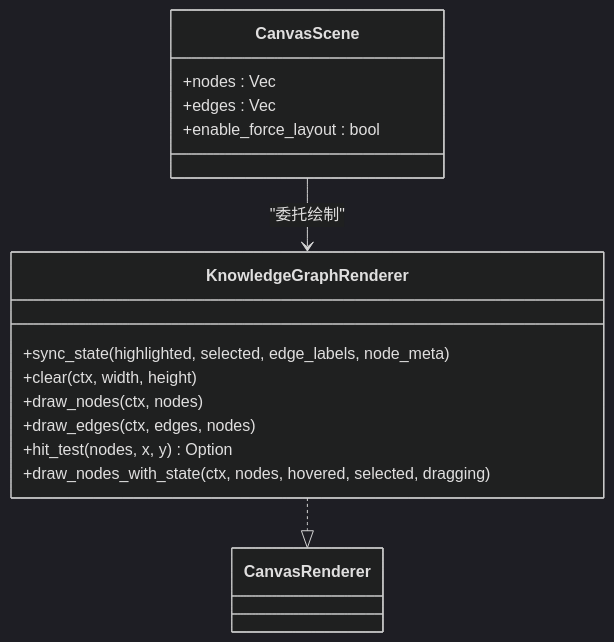
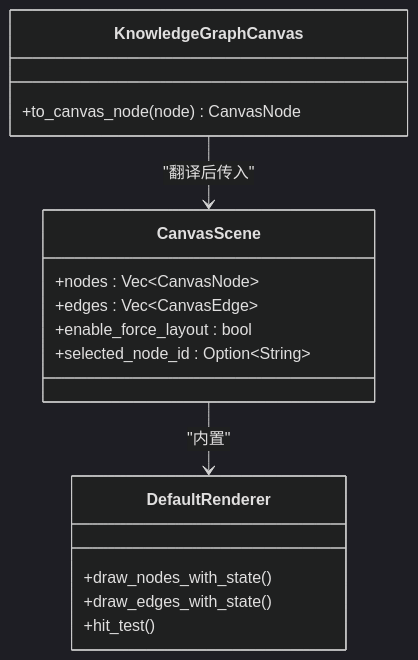
Before and after one commit to runningcoders/ai_orz: the fourth of 7 diagrams in docs/wiki/zh/content/前端应用/页面模块/HR 管理页面/知识图谱可视化.md, drawn with Mermaid (dark theme). The commit also changed other lines of this file and 19 other files, not shown here.

First line of the commit message:
feat: 图谱节点矩形信息卡统一渲染 + make prod 后台化日志双通道 + 依赖图收敛项目详情与侧边栏

````diff
--- a/docs/wiki/zh/content/前端应用/页面模块/HR 管理页面/知识图谱可视化.md
+++ b/docs/wiki/zh/content/前端应用/页面模块/HR 管理页面/知识图谱可视化.md
@@ -186,18 +189,19 @@
 ```mermaid
 classDiagram
-class KnowledgeGraphRenderer {
-+sync_state(highlighted, selected, edge_labels, node_meta)
-+clear(ctx, width, height)
-+draw_nodes(ctx, nodes)
-+draw_edges(ctx, edges, nodes)
-+hit_test(nodes, x, y) Option<String>
-+draw_nodes_with_state(ctx, nodes, hovered, selected, dragging)
+class KnowledgeGraphCanvas {
++to_canvas_node(node) CanvasNode
 }
 class CanvasScene {
-+nodes : Vec<CanvasNode>
-+edges : Vec<CanvasEdge>
++nodes : Vec~CanvasNode~
++edges : Vec~CanvasEdge~
 +enable_force_layout : bool
++selected_node_id : Option~String~
 }
-KnowledgeGraphRenderer ..|> CanvasRenderer
-CanvasScene --> KnowledgeGraphRenderer : "委托绘制"
+class DefaultRenderer {
++draw_nodes_with_state()
++draw_edges_with_state()
++hit_test()
+}
+CanvasScene --> DefaultRenderer : "内置"
+KnowledgeGraphCanvas --> CanvasScene : "翻译后传入"
 ```
````
